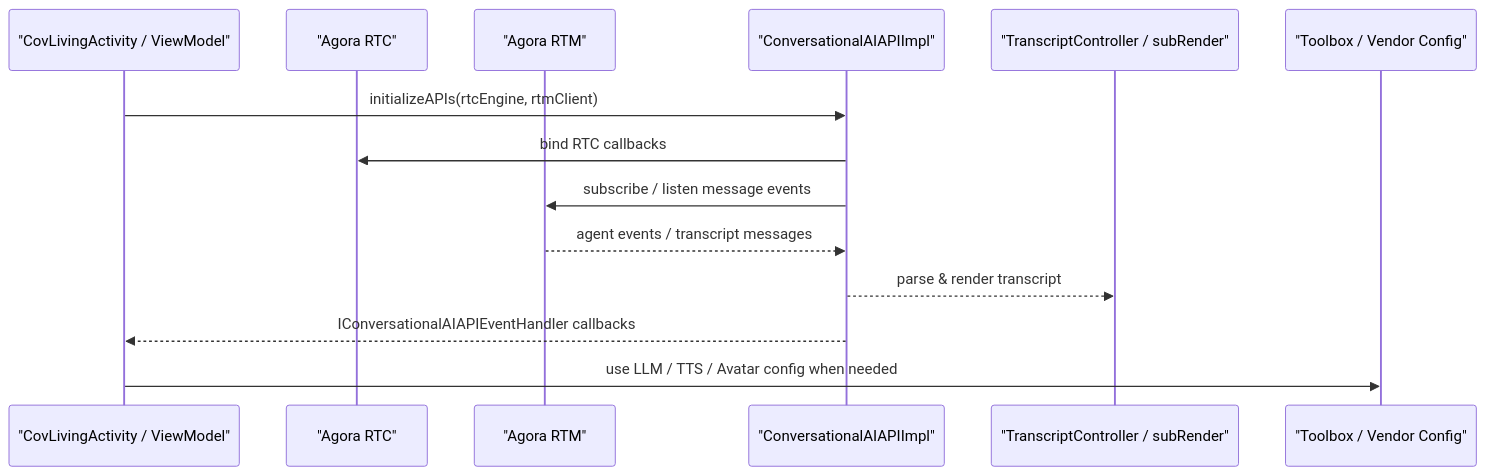
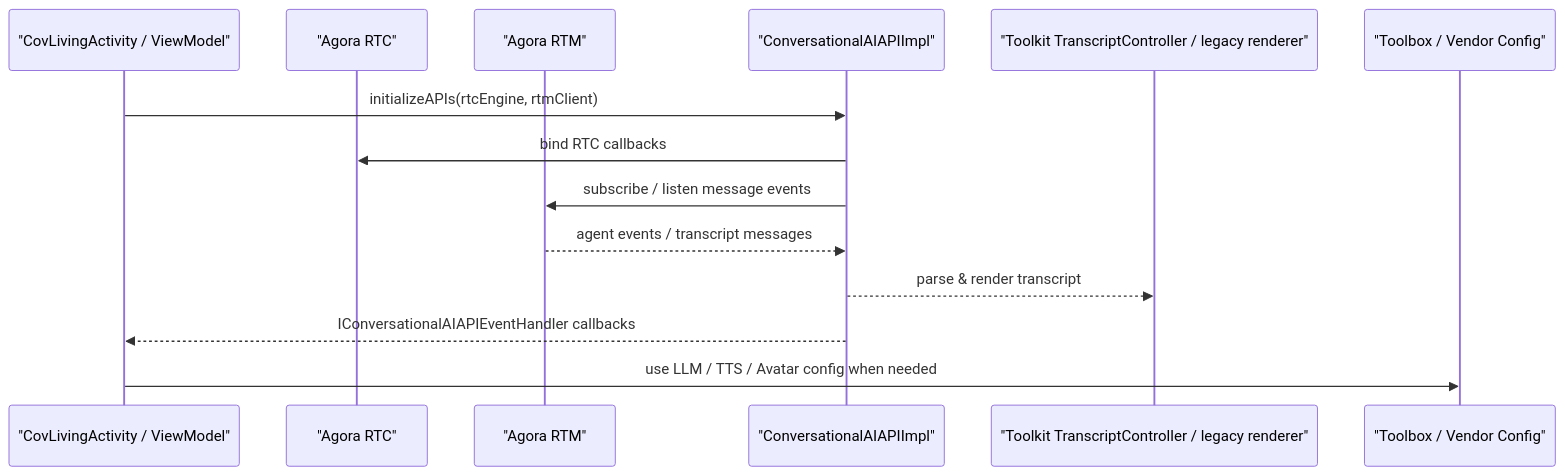
Before and after one commit to Shengwang-Community/Conversational-AI-Demo: the third of 5 diagrams in Android/ARCHITECTURE.md, drawn with Mermaid. The commit also changed other lines of this file and 99 other files, not shown here.

````diff
--- a/Android/ARCHITECTURE.md
+++ b/Android/ARCHITECTURE.md
@@ -78,17 +80,17 @@
 ```mermaid
 sequenceDiagram
   participant UI as "CovLivingActivity / ViewModel"
   participant RTC as "Agora RTC"
   participant RTM as "Agora RTM"
   participant API as "ConversationalAIAPIImpl"
-  participant Subtitle as "TranscriptController / subRender"
+  participant Subtitle as "Toolkit TranscriptController / legacy renderer"
   participant Server as "Toolbox / Vendor Config"
 
   UI->>API: initializeAPIs(rtcEngine, rtmClient)
   API->>RTC: bind RTC callbacks
   API->>RTM: subscribe / listen message events
   RTM-->>API: agent events / transcript messages
   API-->>Subtitle: parse & render transcript
   API-->>UI: IConversationalAIAPIEventHandler callbacks
   UI->>Server: use LLM / TTS / Avatar config when needed
 ```
````
